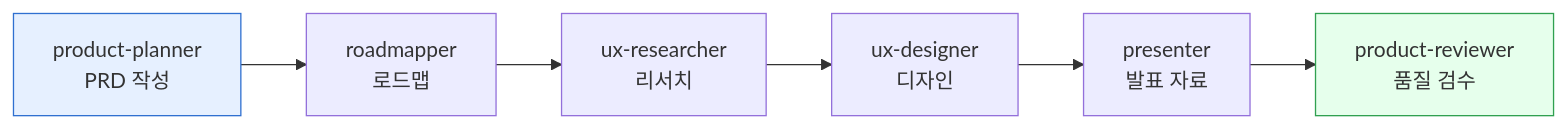
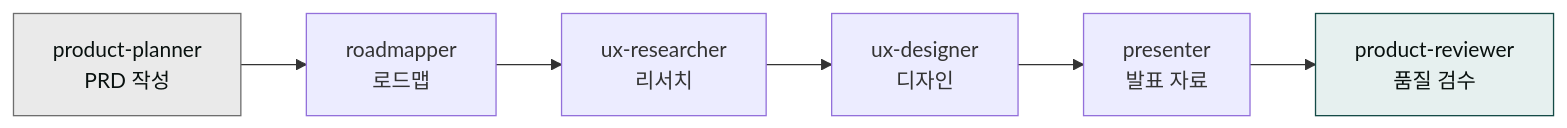
The diagram in content/cookbook/tracks/track-product.md (modu-ai/claude), drawn with Mermaid before and after one commit. The commit also changed 97 other files, not shown here.

First line of the commit message:
style(docs-site): mermaid 색상 브랜드 정합 + 라이트 테마 단일화

````diff
--- a/content/cookbook/tracks/track-product.md
+++ b/content/cookbook/tracks/track-product.md
@@ -9,11 +9,11 @@
 ```mermaid
 flowchart LR
     A["product-planner<br/>PRD 작성"] --> B["roadmapper<br/>로드맵"]
     B --> C["ux-researcher<br/>리서치"]
     C --> D["ux-designer<br/>디자인"]
     D --> E["presenter<br/>발표 자료"]
     E --> F["product-reviewer<br/>품질 검수"]
 
-    style A fill:#e6f0ff,stroke:#3070d0
-    style F fill:#e6ffec,stroke:#30a050
+    style A fill:#eaeaea,stroke:#6e6e6e,color:#09110f
+    style F fill:#e6f0ef,stroke:#144a46,color:#09110f
 ```
````
